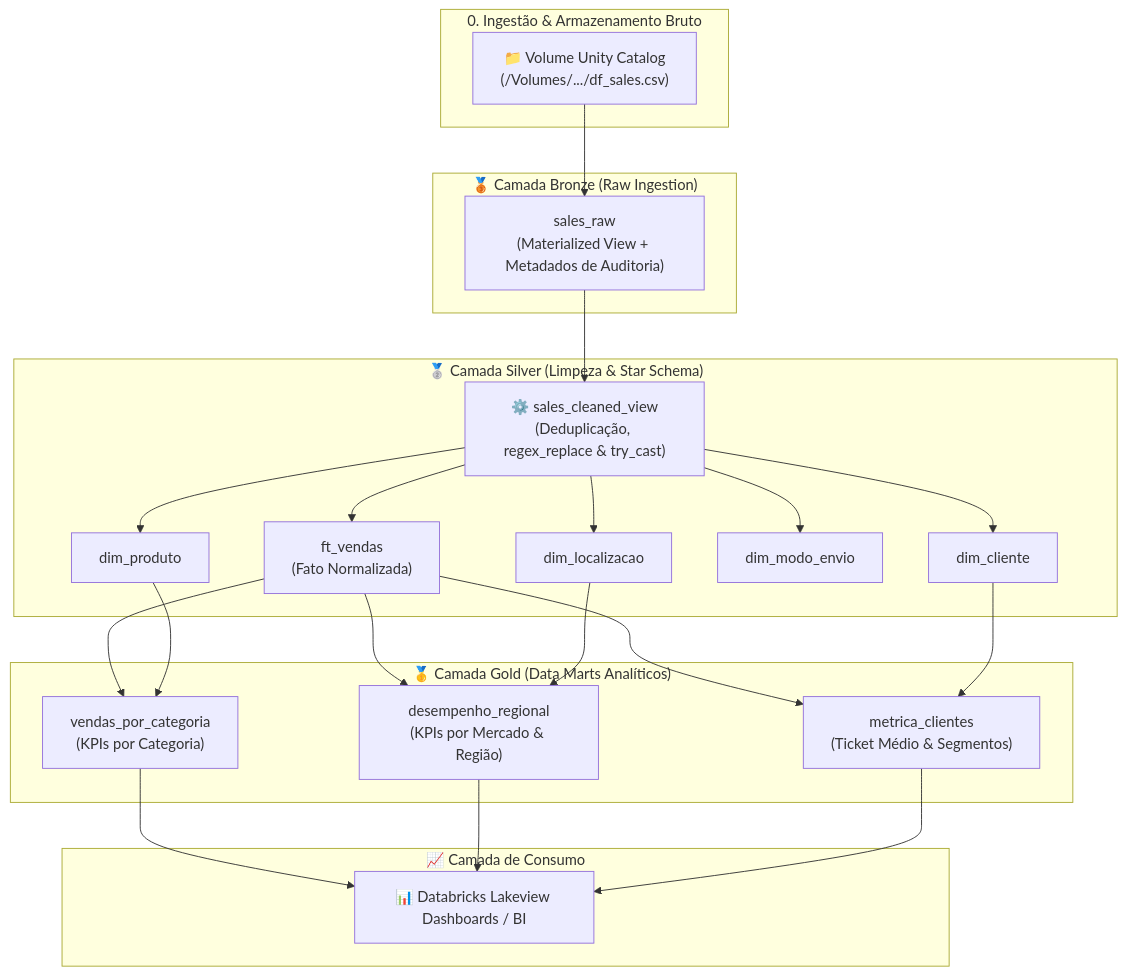
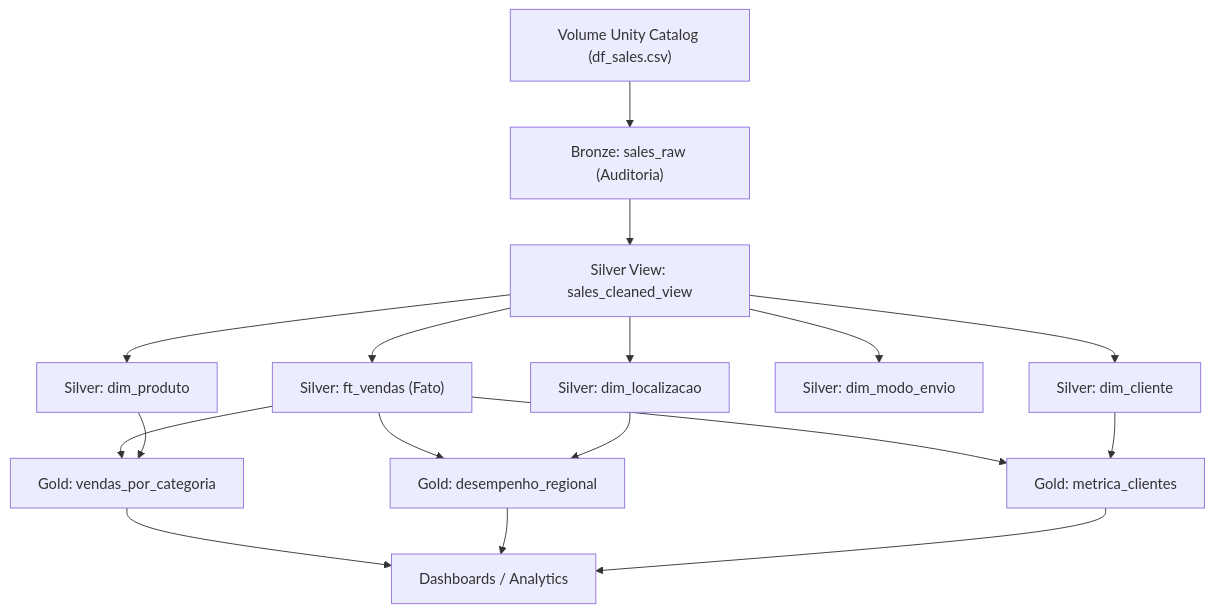
The first of 2 diagrams in README.md (RafaelOCorrea/databricks-lakehouse-dataops), drawn with Mermaid before and after one commit. The commit also changed other lines of this file, not shown here.

Commit message:
docs: fix mermaid diagrams and repository links

````diff
--- a/README.md
+++ b/README.md
@@ -15,38 +15,32 @@
 ```mermaid
 flowchart TD
-    subgraph Ingestao ["0. Ingestão & Armazenamento Bruto"]
-        RAW["📁 Volume Unity Catalog<br/>(/Volumes/.../df_sales.csv)"]
-    end
-
-    subgraph Bronze ["🥉 Camada Bronze (Raw Ingestion)"]
-        B1["sales_raw<br/>(Materialized View + Metadados de Auditoria)"]
-    end
-
-    subgraph Silver ["🥈 Camada Silver (Limpeza & Star Schema)"]
-        V_CLEAN["⚙️ sales_cleaned_view<br/>(Deduplicação, regex_replace & try_cast)"]
-        D_PROD["dim_produto"]
-        D_CLI["dim_cliente"]
-        D_LOC["dim_localizacao"]
-        D_ENV["dim_modo_envio"]
-        F_VENDAS["ft_vendas<br/>(Fato Normalizada)"]
-    end
-
-    subgraph Gold ["🥇 Camada Gold (Data Marts Analíticos)"]
-        G_CAT["vendas_por_categoria<br/>(KPIs por Categoria)"]
-        G_REG["desempenho_regional<br/>(KPIs por Mercado & Região)"]
-        G_CLI["metrica_clientes<br/>(Ticket Médio & Segmentos)"]
-    end
-
-    subgraph Consumo ["📈 Camada de Consumo"]
-        BI["📊 Databricks Lakeview Dashboards / BI"]
-    end
+    RAW["Volume Unity Catalog (df_sales.csv)"]
+    B1["Bronze: sales_raw (Auditoria)"]
+    V_CLEAN["Silver View: sales_cleaned_view"]
+    D_PROD["Silver: dim_produto"]
+    D_CLI["Silver: dim_cliente"]
+    D_LOC["Silver: dim_localizacao"]
+    D_ENV["Silver: dim_modo_envio"]
+    F_VENDAS["Silver: ft_vendas (Fato)"]
+    G_CAT["Gold: vendas_por_categoria"]
+    G_REG["Gold: desempenho_regional"]
+    G_CLI["Gold: metrica_clientes"]
+    BI["Dashboards / Analytics"]
 
     RAW --> B1
     B1 --> V_CLEAN
-    V_CLEAN --> D_PROD & D_CLI & D_LOC & D_ENV & F_VENDAS
-    F_VENDAS --> G_CAT & G_REG & G_CLI
+    V_CLEAN --> D_PROD
+    V_CLEAN --> D_CLI
+    V_CLEAN --> D_LOC
+    V_CLEAN --> D_ENV
+    V_CLEAN --> F_VENDAS
+    F_VENDAS --> G_CAT
+    F_VENDAS --> G_REG
+    F_VENDAS --> G_CLI
     D_PROD --> G_CAT
     D_LOC --> G_REG
     D_CLI --> G_CLI
-    G_CAT & G_REG & G_CLI --> BI
+    G_CAT --> BI
+    G_REG --> BI
+    G_CLI --> BI
 ```
````
